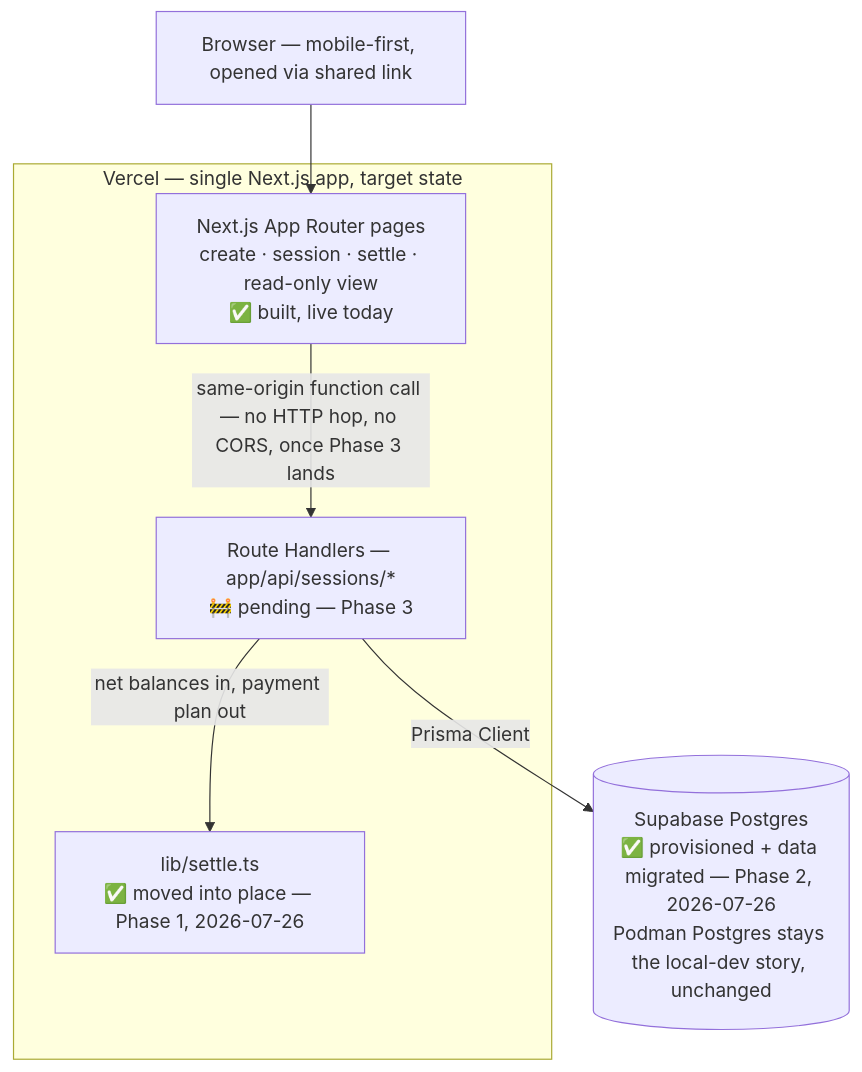
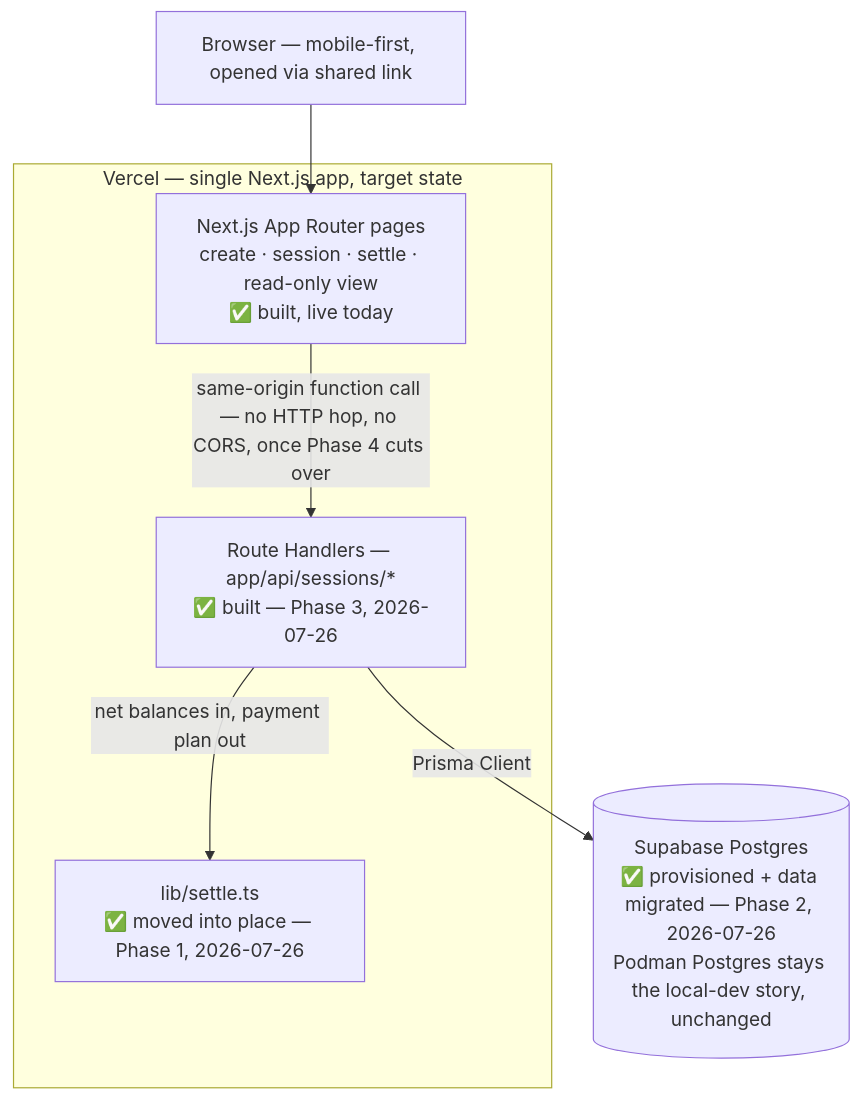
The second of 4 diagrams in README.md (ryansabandal/divvy-app), drawn with Mermaid before and after one commit. The commit also changed other lines of this file and 9 other files, not shown here.

````diff
--- a/README.md
+++ b/README.md
@@ -51,17 +51,17 @@
 ```mermaid
 flowchart TD
     Browser["Browser — mobile-first, opened via shared link"]
 
     subgraph Vercel["Vercel — single Next.js app, target state"]
         Next["Next.js App Router pages<br/>create · session · settle · read-only view<br/>✅ built, live today"]
-        RouteHandlers["Route Handlers — app/api/sessions/*<br/>🚧 pending — Phase 3"]
+        RouteHandlers["Route Handlers — app/api/sessions/*<br/>✅ built — Phase 3, 2026-07-26"]
         Settle["lib/settle.ts<br/>✅ moved into place — Phase 1, 2026-07-26"]
     end
 
     DB[("Supabase Postgres<br/>✅ provisioned + data migrated — Phase 2, 2026-07-26<br/>Podman Postgres stays the local-dev story, unchanged")]
 
     Browser --> Next
-    Next -->|"same-origin function call — no HTTP hop, no CORS, once Phase 3 lands"| RouteHandlers
+    Next -->|"same-origin function call — no HTTP hop, no CORS, once Phase 4 cuts over"| RouteHandlers
     RouteHandlers -->|"net balances in, payment plan out"| Settle
     RouteHandlers -->|"Prisma Client"| DB
 ```
````
